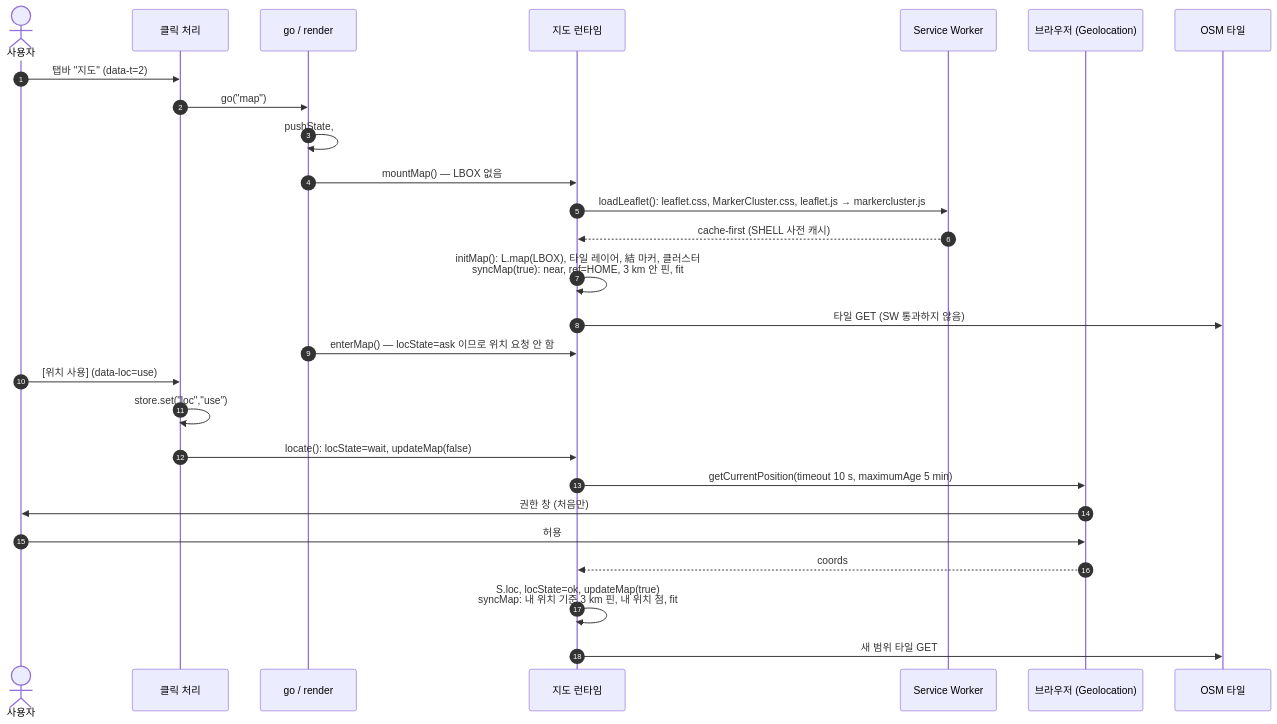
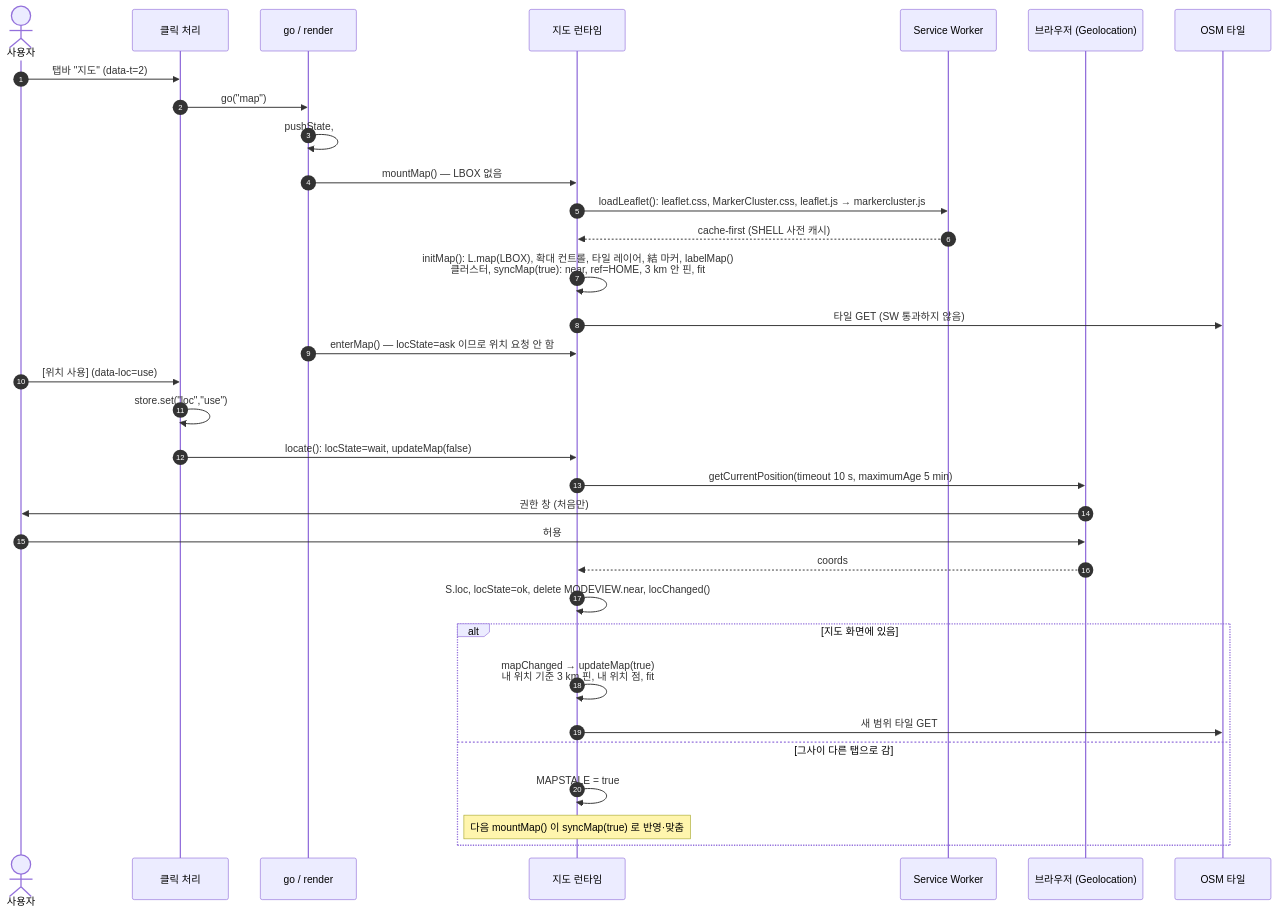
Before and after one commit to underthesun7213/yui-board: the sixth of 8 diagrams in docs/architecture/rfc/0002-mlp-client-only.md, drawn with Mermaid. The commit also changed other lines of this file, not shown here.

First line of the commit message:
WIP: architect updating MLP design docs to the current code

````diff
--- a/docs/architecture/rfc/0002-mlp-client-only.md
+++ b/docs/architecture/rfc/0002-mlp-client-only.md
@@ -313,30 +329,36 @@
 ```mermaid
 sequenceDiagram
   autonumber
   actor U as 사용자
   participant C as 클릭 처리
   participant G as go / render
   participant M as 지도 런타임
   participant SW as Service Worker
   participant B as 브라우저 (Geolocation)
   participant O as OSM 타일
 
   U->>C: 탭바 "지도" (data-t=2)
   C->>G: go("map")
   G->>G: pushState, #main = mapView()<br/>locState=ask → 안내 카드, #lmapslot "지도를 불러오고 있습니다…"
   G->>M: mountMap() — LBOX 없음
   M->>SW: loadLeaflet(): leaflet.css, MarkerCluster.css, leaflet.js → markercluster.js
   SW-->>M: cache-first (SHELL 사전 캐시)
-  M->>M: initMap(): L.map(LBOX), 타일 레이어, 結 마커, 클러스터<br/>syncMap(true): near, ref=HOME, 3 km 안 핀, fit
+  M->>M: initMap(): L.map(LBOX), 확대 컨트롤, 타일 레이어, 結 마커, labelMap()<br/>클러스터, syncMap(true): near, ref=HOME, 3 km 안 핀, fit
   M->>O: 타일 GET (SW 통과하지 않음)
   G->>M: enterMap() — locState=ask 이므로 위치 요청 안 함
   U->>C: [위치 사용] (data-loc=use)
   C->>C: store.set("loc","use")
   C->>M: locate(): locState=wait, updateMap(false)
   M->>B: getCurrentPosition(timeout 10 s, maximumAge 5 min)
   B->>U: 권한 창 (처음만)
   U->>B: 허용
   B-->>M: coords
-  M->>M: S.loc, locState=ok, updateMap(true)<br/>syncMap: 내 위치 기준 3 km 핀, 내 위치 점, fit
-  M->>O: 새 범위 타일 GET
+  M->>M: S.loc, locState=ok, delete MODEVIEW.near, locChanged()
+  alt 지도 화면에 있음
+    M->>M: mapChanged → updateMap(true)<br/>내 위치 기준 3 km 핀, 내 위치 점, fit
+    M->>O: 새 범위 타일 GET
+  else 그사이 다른 탭으로 감
+    M->>M: MAPSTALE = true
+    Note over M: 다음 mountMap() 이 syncMap(true) 로 반영·맞춤
+  end
 ```
````
